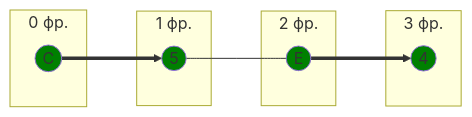
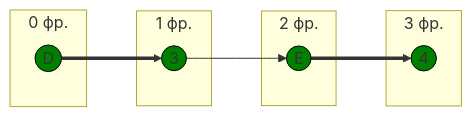
Diagram 11 of 12 in Задание 8/task8.md (algos-ris-24-3/manual-tasks), drawn with Mermaid before and after one commit. The commit also changed other lines of this file, not shown here.

````diff
--- a/Задание 8/task8.md
+++ b/Задание 8/task8.md
@@ -508,21 +468,24 @@
 ```mermaid
 graph LR
-    subgraph " 0 фр."
-        C((C))
+    subgraph "0 фр."
+        D((D))
     end
-    subgraph " 1 фр."
-        5((5))
+    subgraph "1 фр."
+        3((3))
     end
-    subgraph " 2 фр."
+    subgraph "2 фр."
         E((E))
     end
-    subgraph " 3 фр."
+    subgraph "3 фр."
         4((4))
     end
-    C ==> 5 --- E ==> 4
 
-    style C fill:#008000
-    style E fill:#008000
-    style 5 fill:#008000
-    style 4 fill:#008000
+    D ==> 3
+    3 --> E
+    E ==> 4
+
+    style 3 fill:#008000,stroke:#000
+    style E fill:#008000,stroke:#000
+    style 4 fill:#008000,stroke:#000
+    style D fill:#008000,stroke:#000
 ```
````
